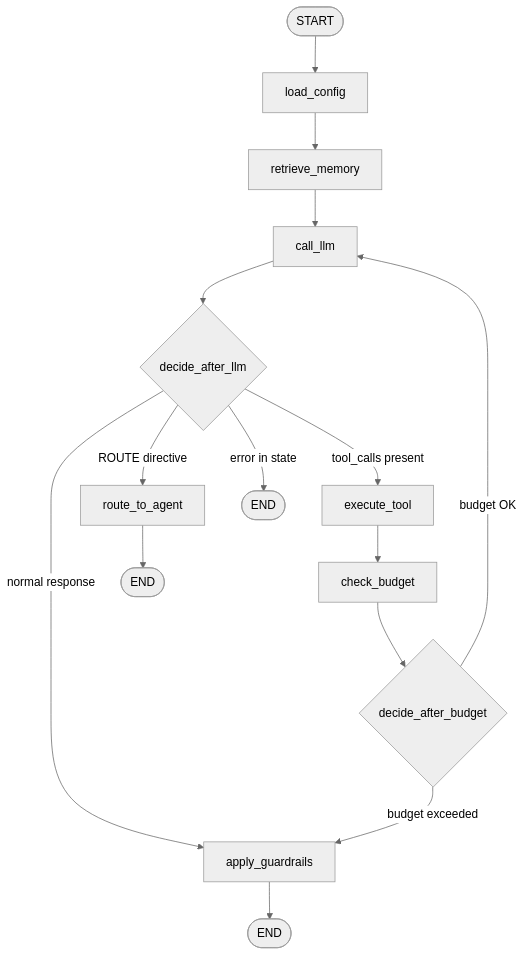
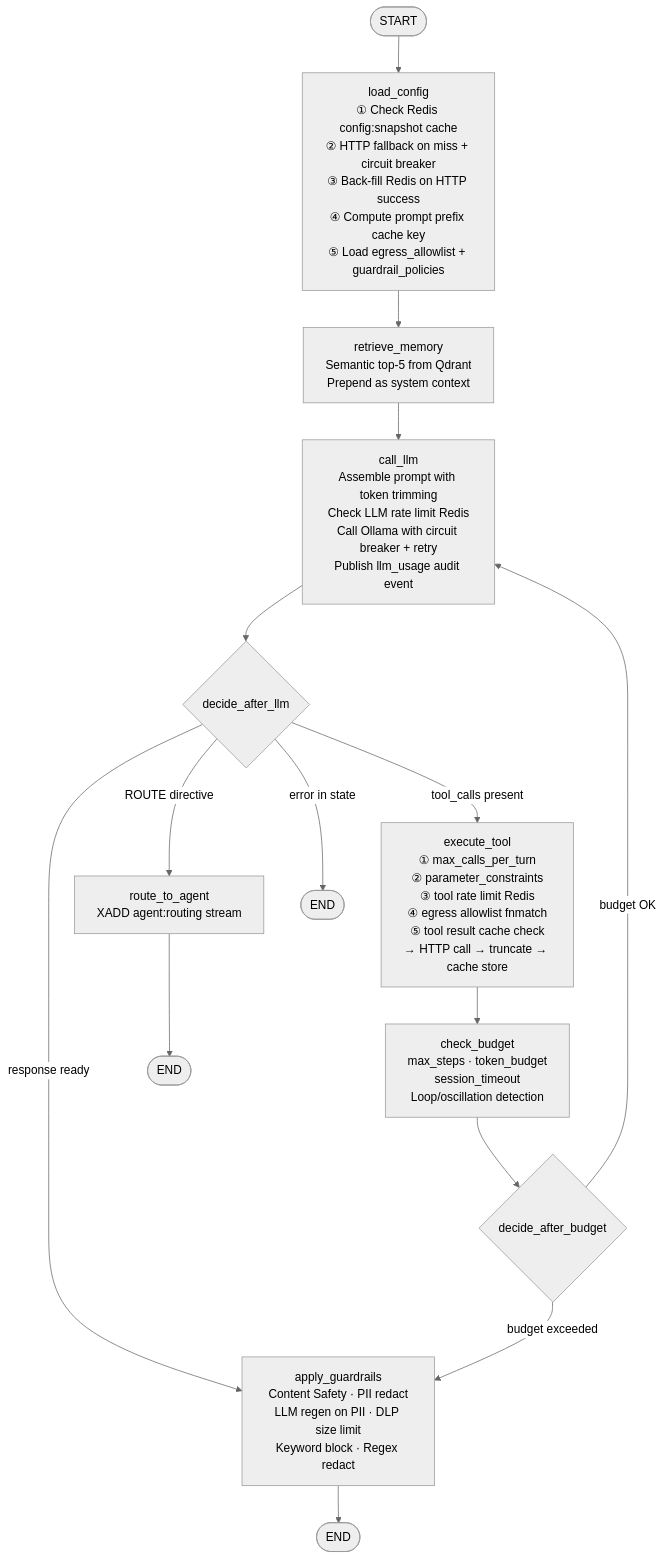
Before and after one commit to asadkaramat/enterprise-ai-agent-platform: the tenth of 17 diagrams in README.md, drawn with Mermaid (neutral theme). The commit also changed other lines of this file and 58 other files, not shown here.

First line of the commit message:
Add versioning, policies, egress, audit archival, and tool call execution docs

````diff
--- a/README.md
+++ b/README.md
@@ -160,21 +560,25 @@
 ```mermaid
 flowchart TD
-    START([START]) --> LC[load_config]
-    LC --> RM[retrieve_memory]
-    RM --> LLM[call_llm]
+    START([START]) --> LC[load_config<br/>① Check Redis config:snapshot cache<br/>② HTTP fallback on miss + circuit breaker<br/>③ Back-fill Redis on HTTP success<br/>④ Compute prompt prefix cache key<br/>⑤ Load egress_allowlist + guardrail_policies]
+
+    LC --> RM[retrieve_memory<br/>Semantic top-5 from Qdrant<br/>Prepend as system context]
+
+    RM --> LLM[call_llm<br/>Assemble prompt with token trimming<br/>Check LLM rate limit Redis<br/>Call Ollama with circuit breaker + retry<br/>Publish llm_usage audit event]
+
     LLM --> D1{decide_after_llm}
 
-    D1 -->|tool_calls present| ET[execute_tool]
-    D1 -->|ROUTE directive| RA[route_to_agent]
+    D1 -->|tool_calls present| ET[execute_tool<br/>① max_calls_per_turn<br/>② parameter_constraints<br/>③ tool rate limit Redis<br/>④ egress allowlist fnmatch<br/>⑤ tool result cache check<br/>→ HTTP call → truncate → cache store]
+
+    D1 -->|ROUTE directive| RA[route_to_agent<br/>XADD agent:routing stream]
     D1 -->|error in state| END1([END])
-    D1 -->|normal response| AG[apply_guardrails]
+    D1 -->|response ready| AG[apply_guardrails<br/>Content Safety · PII redact<br/>LLM regen on PII · DLP size limit<br/>Keyword block · Regex redact]
 
-    ET --> CB[check_budget]
+    ET --> CB[check_budget<br/>max_steps · token_budget<br/>session_timeout<br/>Loop/oscillation detection]
+
     CB --> D2{decide_after_budget}
-
     D2 -->|budget OK| LLM
     D2 -->|budget exceeded| AG
 
     AG --> END2([END])
     RA --> END3([END])
 ```
````
